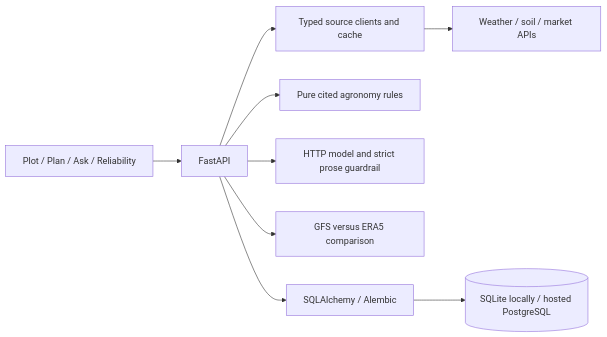
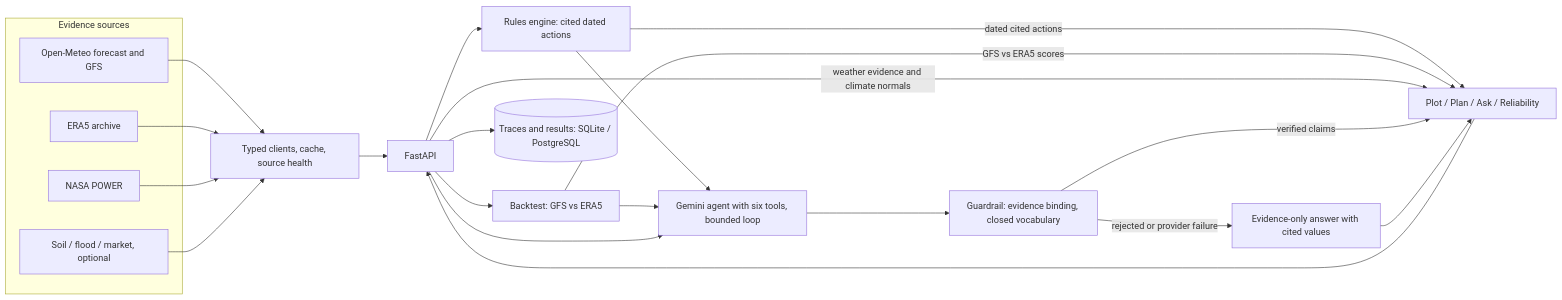
The diagram in README.md (SantoshReddy0603/sowcast), drawn with Mermaid before and after one commit. The commit also changed other lines of this file and 26 other files, not shown here.

Commit message:
Add cited forecast reliability to plans, tighten agent grounding, correct docs and rule text

````diff
--- a/README.md
+++ b/README.md
@@ -59,11 +61,28 @@
 ```mermaid
 flowchart LR
+    subgraph Sources[Evidence sources]
+        OM[Open-Meteo forecast and GFS]
+        ERA[ERA5 archive]
+        POW[NASA POWER]
+        OTH[Soil / flood / market, optional]
+    end
     Web[Plot / Plan / Ask / Reliability] --> API[FastAPI]
-    API --> Sources[Typed source clients and cache]
-    Sources --> Weather[Weather / soil / market APIs]
-    API --> Rules[Pure cited agronomy rules]
-    API --> Agent[HTTP model and strict prose guardrail]
-    API --> Backtest[GFS versus ERA5 comparison]
-    API --> Storage[SQLAlchemy / Alembic]
-    Storage --> DB[(SQLite locally / hosted PostgreSQL)]
+    OM --> Cache[Typed clients, cache, source health]
+    ERA --> Cache
+    POW --> Cache
+    OTH --> Cache
+    Cache --> API
+    API --> Rules[Rules engine: cited dated actions]
+    API --> BT[Backtest: GFS vs ERA5]
+    Rules --> Agent
+    Rules -->|dated cited actions| Web
+    BT --> Agent
+    BT -->|GFS vs ERA5 scores| Web
+    API -->|weather evidence and climate normals| Web
+    API --> Agent[Gemini agent with six tools, bounded loop]
+    Agent --> Guard[Guardrail: evidence binding, closed vocabulary]
+    Guard -->|verified claims| Web
+    Guard -->|rejected or provider failure| Fallback[Evidence-only answer with cited values]
+    Fallback --> Web
+    API --> DB[(Traces and results: SQLite / PostgreSQL)]
 ```
````
